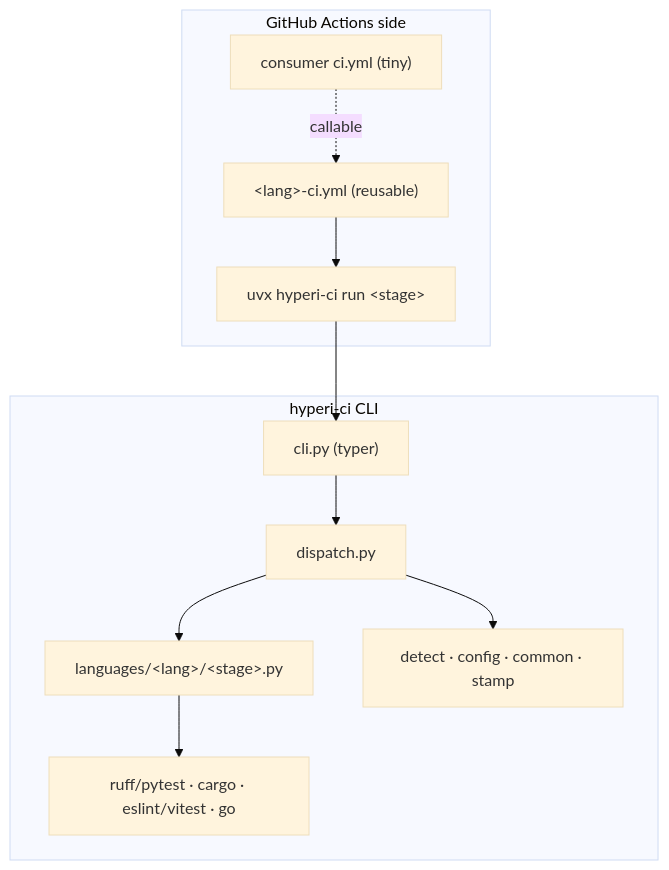
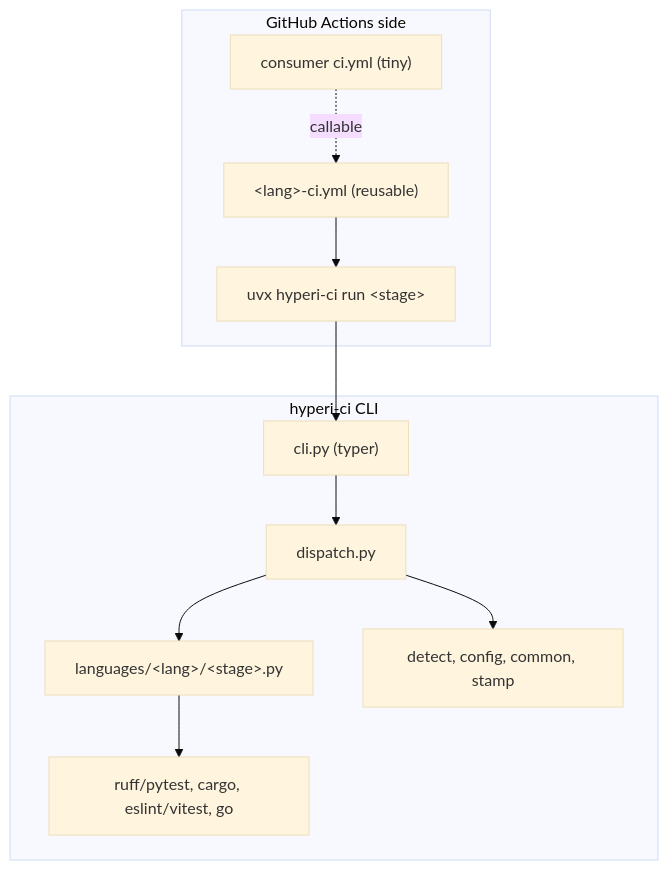
The first of 3 diagrams in docs/architecture.md (hyperi-io/hyperi-ci), drawn with Mermaid (base theme) before and after one commit. The commit also changed other lines of this file, not shown here.

First line of the commit message:
docs: draw the config cascade and fix architecture.md claims

````diff
--- a/docs/architecture.md
+++ b/docs/architecture.md
@@ -19,16 +14,16 @@
 ```mermaid
 flowchart TB
     subgraph GHA["GitHub Actions side"]
         ci["consumer ci.yml (tiny)"]
         lang["&lt;lang&gt;-ci.yml (reusable)"]
         uvx["uvx hyperi-ci run &lt;stage&gt;"]
         ci -.callable.-> lang --> uvx
     end
     subgraph CLI["hyperi-ci CLI"]
         cli["cli.py (typer)"] --> dispatch["dispatch.py"]
         dispatch --> handlers["languages/&lt;lang&gt;/&lt;stage&gt;.py"]
-        dispatch --> helpers["detect · config · common · stamp"]
-        handlers --> tools["ruff/pytest · cargo · eslint/vitest · go"]
+        dispatch --> helpers["detect, config, common, stamp"]
+        handlers --> tools["ruff/pytest, cargo, eslint/vitest, go"]
     end
     uvx --> cli
 ```
````
